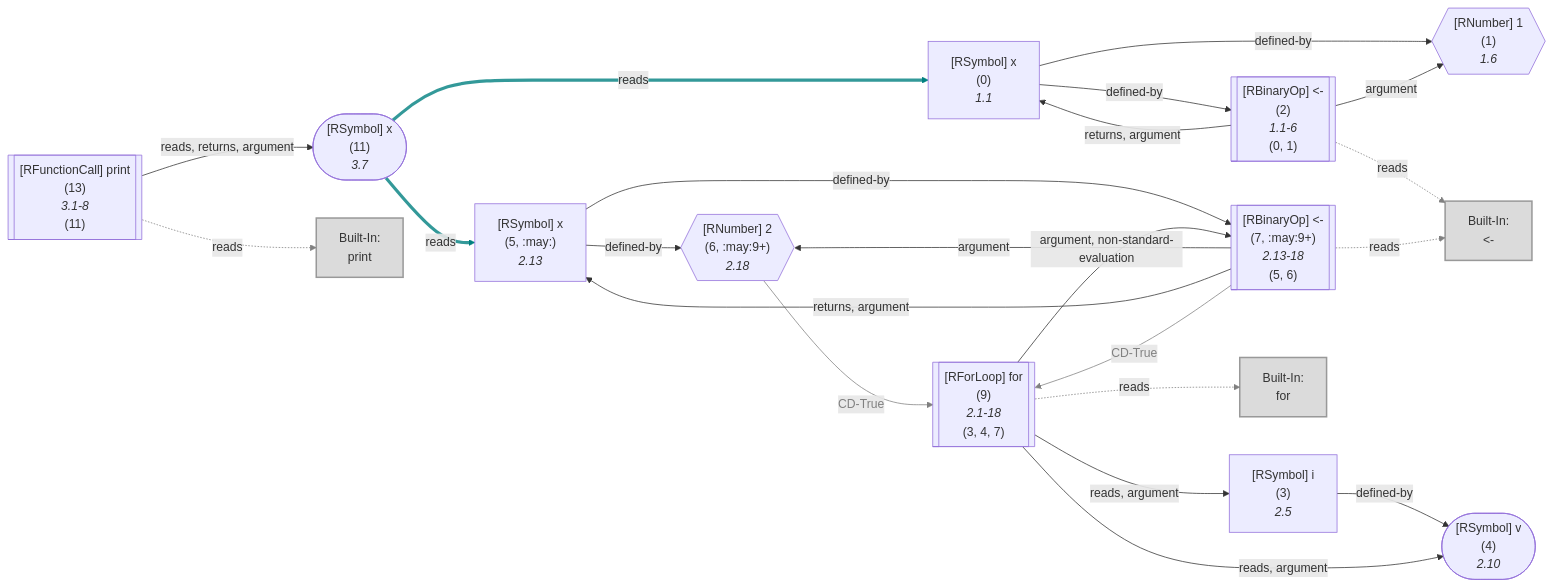
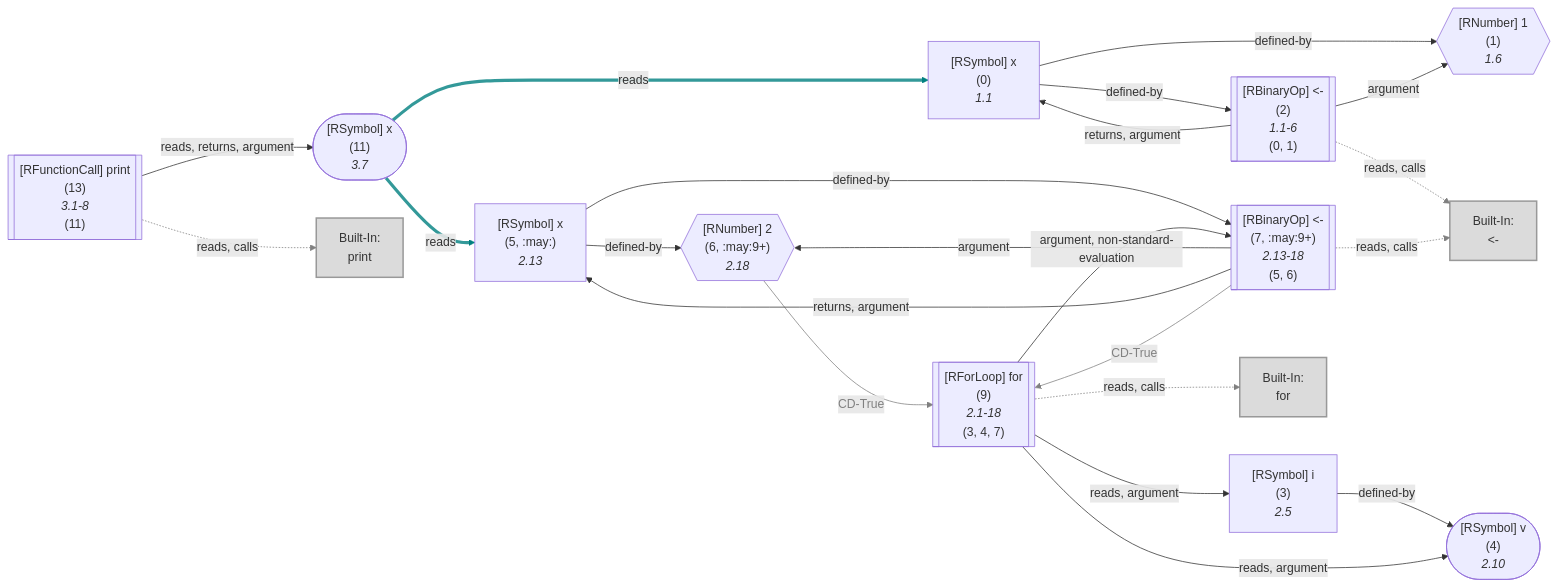
The tenth of 51 diagrams in wiki/Dataflow Graph.md (flowr-analysis/flowr), drawn with Mermaid before and after one commit. The commit also changed other lines of this file and 8 other files, not shown here.

Commit message:
[skip ci] doc: update generated wiki pages (wiki/Capabilities,wiki/Dataflow Graph,wiki/Query API,wiki/Search API,wiki/Engines,wiki/Interface,wiki/Control Flow Graph,wiki/Core,README)

````diff
--- a/wiki/Dataflow Graph.md
+++ b/wiki/Dataflow Graph.md
@@ -1013,78 +1013,78 @@
 ```mermaid
 flowchart LR
     1{{"`#91;RNumber#93; 1
       (1)
       *1.6*`"}}
     0["`#91;RSymbol#93; x
       (0)
       *1.1*`"]
     2[["`#91;RBinaryOp#93; #60;#45;
       (2)
       *1.1-6*
     (0, 1)`"]]
     built-in:_-["`Built-In:
 #60;#45;`"]
     style built-in:_- stroke:gray,fill:lightgray,stroke-width:2px,opacity:.8;
     3["`#91;RSymbol#93; i
       (3)
       *2.5*`"]
     4(["`#91;RSymbol#93; v
       (4)
       *2.10*`"])
     6{{"`#91;RNumber#93; 2
       (6, :may:9+)
       *2.18*`"}}
     5["`#91;RSymbol#93; x
       (5, :may:)
       *2.13*`"]
     7[["`#91;RBinaryOp#93; #60;#45;
       (7, :may:9+)
       *2.13-18*
     (5, 6)`"]]
     9[["`#91;RForLoop#93; for
       (9)
       *2.1-18*
     (3, 4, 7)`"]]
     built-in:for["`Built-In:
 for`"]
     style built-in:for stroke:gray,fill:lightgray,stroke-width:2px,opacity:.8;
     11(["`#91;RSymbol#93; x
       (11)
       *3.7*`"])
     13[["`#91;RFunctionCall#93; print
       (13)
       *3.1-8*
     (11)`"]]
     built-in:print["`Built-In:
 print`"]
     style built-in:print stroke:gray,fill:lightgray,stroke-width:2px,opacity:.8;
     0 -->|"defined-by"| 1
     0 -->|"defined-by"| 2
     2 -->|"argument"| 1
     2 -->|"returns, argument"| 0
-    2 -.->|"reads"| built-in:_-
+    2 -.->|"reads, calls"| built-in:_-
     linkStyle 4 stroke:gray;
     3 -->|"defined-by"| 4
     6 -->|"CD-True"| 9
     linkStyle 6 stroke:gray,color:gray;
     5 -->|"defined-by"| 6
     5 -->|"defined-by"| 7
     7 -->|"argument"| 6
     7 -->|"returns, argument"| 5
-    7 -.->|"reads"| built-in:_-
+    7 -.->|"reads, calls"| built-in:_-
     linkStyle 11 stroke:gray;
     7 -->|"CD-True"| 9
     linkStyle 12 stroke:gray,color:gray;
     9 -->|"reads, argument"| 3
     9 -->|"reads, argument"| 4
     9 -->|"argument, non-standard-evaluation"| 7
-    9 -.->|"reads"| built-in:for
+    9 -.->|"reads, calls"| built-in:for
     linkStyle 16 stroke:gray;
     11 -->|"reads"| 0
     linkStyle 17 stroke:teal,stroke-width:4.2px,stroke-opacity:.8
     11 -->|"reads"| 5
     linkStyle 18 stroke:teal,stroke-width:4.2px,stroke-opacity:.8
     13 -->|"reads, returns, argument"| 11
-    13 -.->|"reads"| built-in:print
+    13 -.->|"reads, calls"| built-in:print
     linkStyle 20 stroke:gray;
 ```
````
